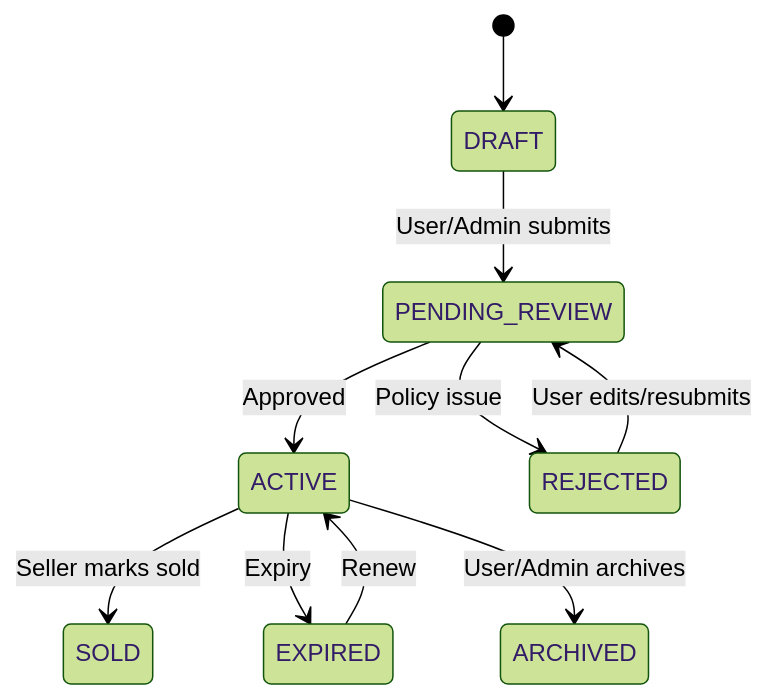
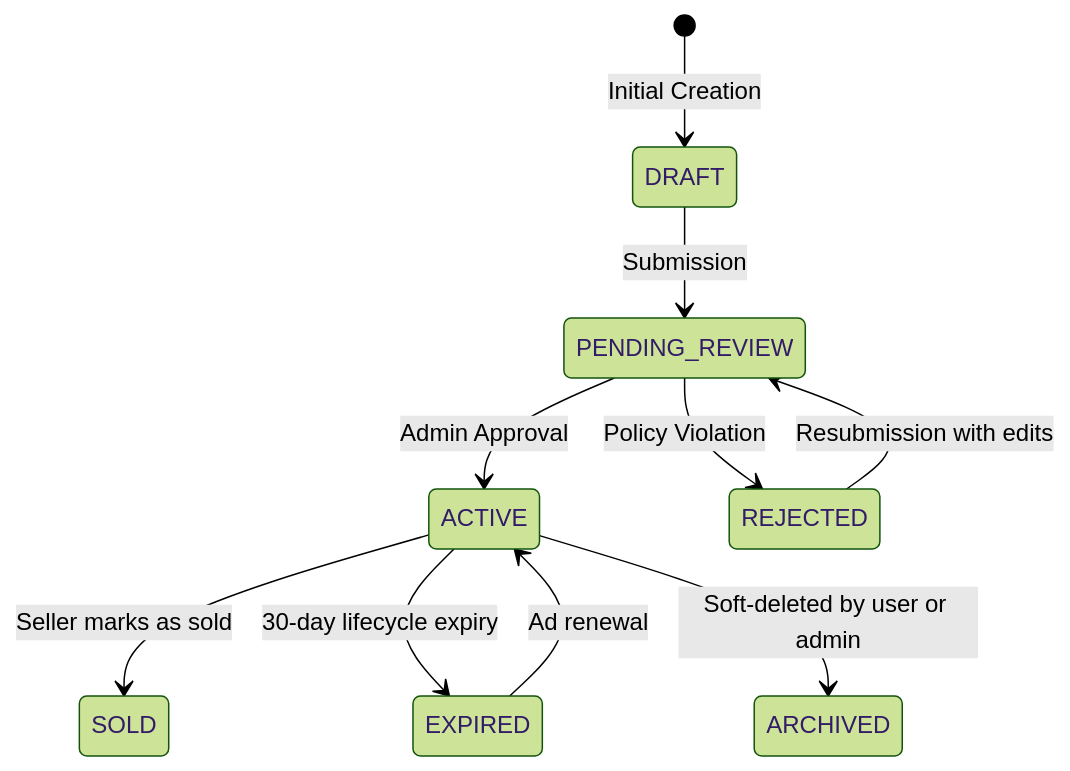
One commit to bnintelhub/olx changed the third of 3 diagrams in docs/README.md. Above: the diagram before and after it, drawn with Mermaid (forest theme). The commit also changed other lines of this file, not shown here.

````diff
--- a/docs/README.md
+++ b/docs/README.md
@@ -299,12 +167,12 @@
 ```mermaid
 stateDiagram-v2
-    [*] --> DRAFT
-    DRAFT --> PENDING_REVIEW: User/Admin submits
-    PENDING_REVIEW --> ACTIVE: Approved
-    PENDING_REVIEW --> REJECTED: Policy issue
-    REJECTED --> PENDING_REVIEW: User edits/resubmits
-    ACTIVE --> SOLD: Seller marks sold
-    ACTIVE --> EXPIRED: Expiry
-    ACTIVE --> ARCHIVED: User/Admin archives
-    EXPIRED --> ACTIVE: Renew
+    [*] --> DRAFT: Initial Creation
+    DRAFT --> PENDING_REVIEW: Submission
+    PENDING_REVIEW --> ACTIVE: Admin Approval
+    PENDING_REVIEW --> REJECTED: Policy Violation
+    REJECTED --> PENDING_REVIEW: Resubmission with edits
+    ACTIVE --> SOLD: Seller marks as sold
+    ACTIVE --> EXPIRED: 30-day lifecycle expiry
+    ACTIVE --> ARCHIVED: Soft-deleted by user or admin
+    EXPIRED --> ACTIVE: Ad renewal
 ```
````
